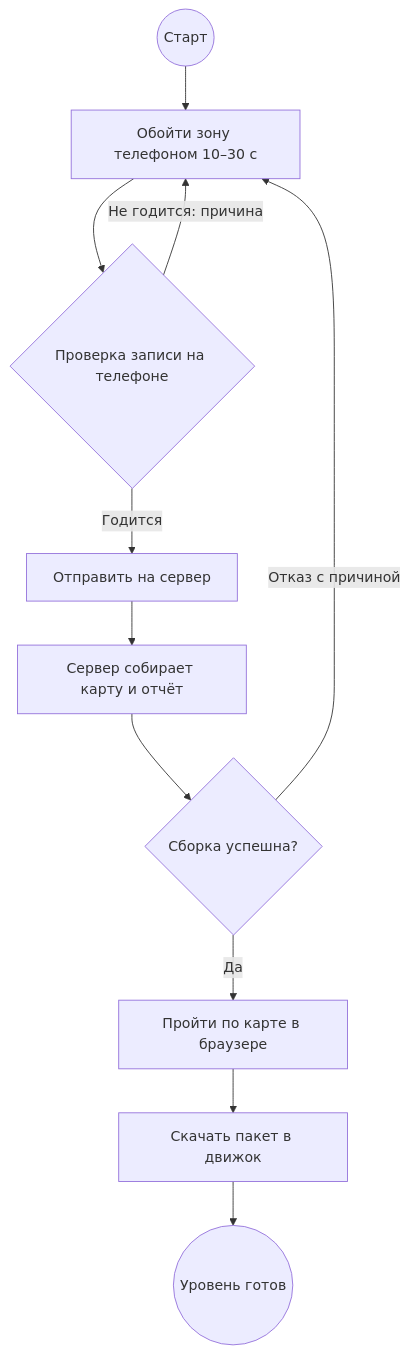
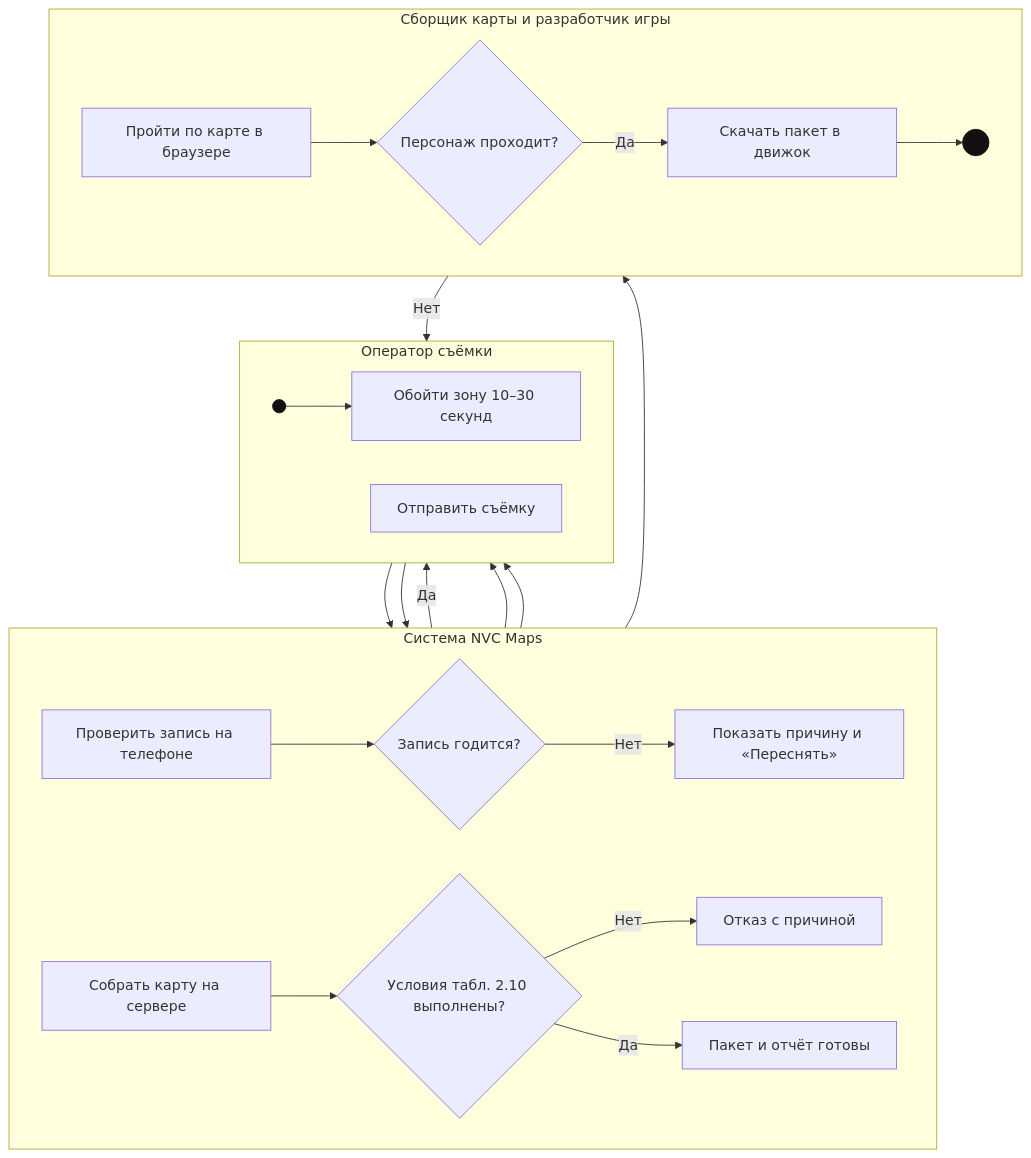
The second of 7 diagrams in 05-appendix-b-diagrams.md (KalashnikovKV/nvc-business-analysis), drawn with Mermaid before and after one commit. The commit also changed other lines of this file and 33 other files, not shown here.

````diff
--- a/05-appendix-b-diagrams.md
+++ b/05-appendix-b-diagrams.md
@@ -23,13 +34,31 @@
 ```mermaid
-flowchart TD
-  S((Старт)) --> A[Обойти зону телефоном 10–30 с]
-  A --> B{Проверка записи на телефоне}
-  B -- Не годится: причина --> A
-  B -- Годится --> C[Отправить на сервер]
-  C --> D[Сервер собирает карту и отчёт]
-  D --> E{Сборка успешна?}
-  E -- Отказ с причиной --> A
-  E -- Да --> F[Пройти по карте в браузере]
-  F --> G[Скачать пакет в движок]
-  G --> H((Уровень готов))
+flowchart TB
+  subgraph L1[Оператор съёмки]
+    direction LR
+    S(( )) --> A1[Обойти зону 10–30 секунд]
+    A3[Отправить съёмку]
+  end
+  subgraph L2[Система NVC Maps]
+    direction LR
+    B1[Проверить запись на телефоне] --> B2{Запись годится?}
+    B2 -- Нет --> B3[Показать причину и «Переснять»]
+    B4[Собрать карту на сервере] --> B5{Условия табл. 2.10 выполнены?}
+    B5 -- Нет --> B6[Отказ с причиной]
+    B5 -- Да --> B7[Пакет и отчёт готовы]
+  end
+  subgraph L3[Сборщик карты и разработчик игры]
+    direction LR
+    C1[Пройти по карте в браузере] --> C2{Персонаж проходит?}
+    C2 -- Да --> C3[Скачать пакет в движок]
+    C3 --> E((( )))
+  end
+  A1 --> B1
+  B2 -- Да --> A3
+  A3 --> B4
+  B3 --> A1
+  B6 --> A1
+  B7 --> C1
+  C2 -- Нет --> A1
+  classDef node0 fill:#111,stroke:#111;
+  class S,E node0
 ```
````
